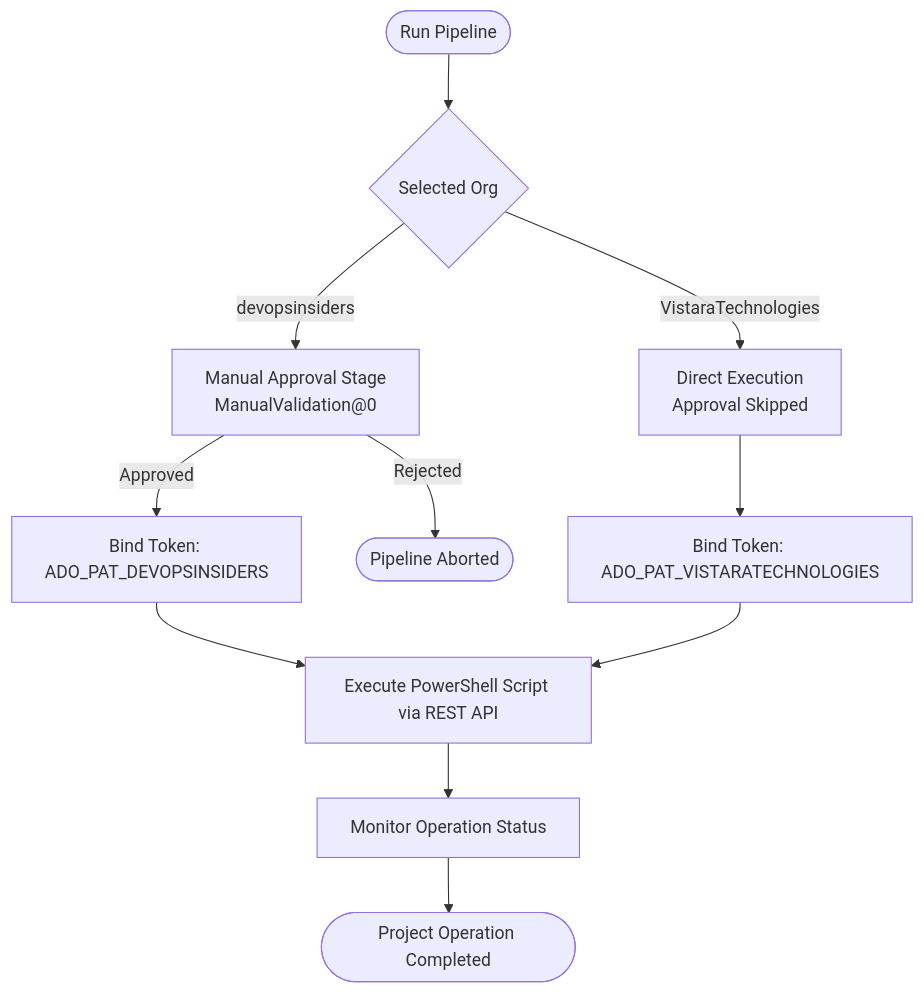
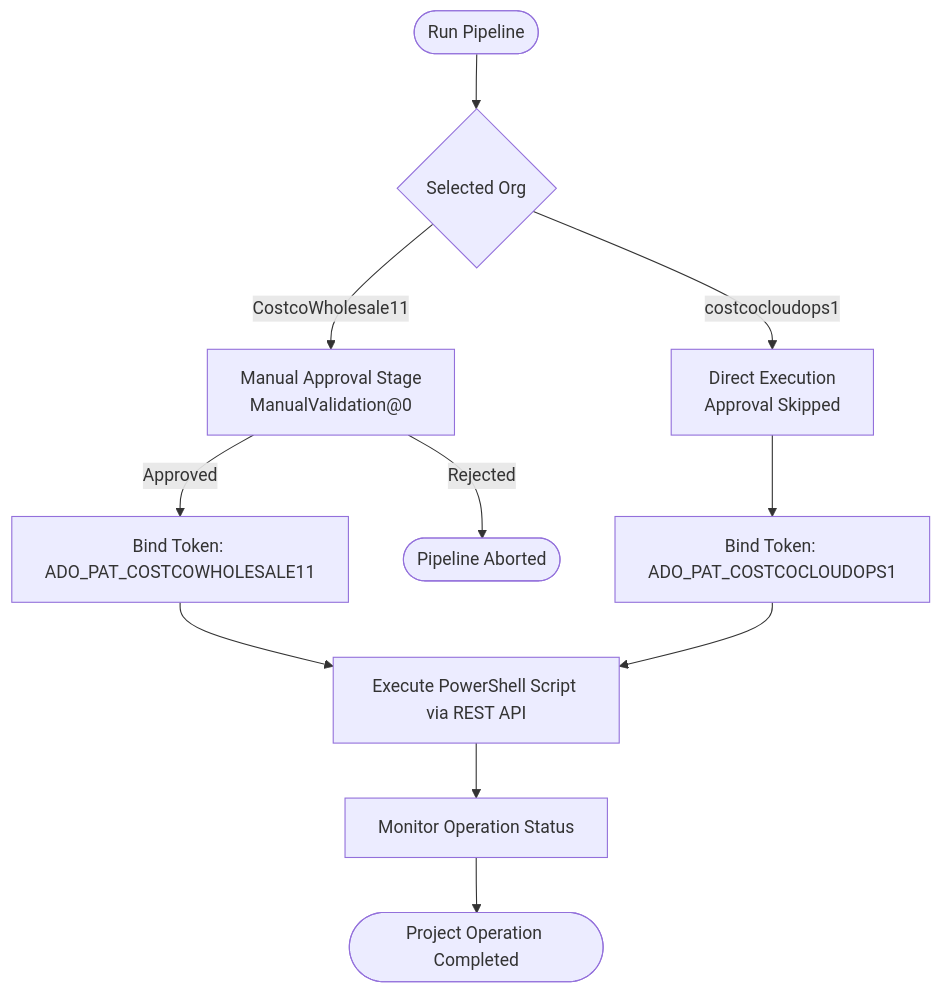
The diagram in README.md (bhakuaengineer-devopsinsiders/ado-project-automation), drawn with Mermaid before and after one commit. The commit also changed other lines of this file and 4 other files, not shown here.

Commit message:
chore: configure pipelines, approval stages and tokens for costcocloudops1 and CostcoWholesale11

````diff
--- a/README.md
+++ b/README.md
@@ -9,16 +9,16 @@
 ```mermaid
 flowchart TD
     Run([Run Pipeline]) --> SelectOrg{Selected Org}
 
-    SelectOrg -->|devopsinsiders| Approval[Manual Approval Stage\nManualValidation@0]
-    Approval -->|Approved| Token1[Bind Token: ADO_PAT_DEVOPSINSIDERS]
+    SelectOrg -->|CostcoWholesale11| Approval[Manual Approval Stage\nManualValidation@0]
+    Approval -->|Approved| Token1[Bind Token: ADO_PAT_COSTCOWHOLESALE11]
     Approval -->|Rejected| Abort([Pipeline Aborted])
 
-    SelectOrg -->|VistaraTechnologies| Direct[Direct Execution\nApproval Skipped]
-    Direct --> Token2[Bind Token: ADO_PAT_VISTARATECHNOLOGIES]
+    SelectOrg -->|costcocloudops1| Direct[Direct Execution\nApproval Skipped]
+    Direct --> Token2[Bind Token: ADO_PAT_COSTCOCLOUDOPS1]
 
     Token1 --> Exec[Execute PowerShell Script via REST API]
     Token2 --> Exec
     Exec --> Poll[Monitor Operation Status]
     Poll --> Complete([Project Operation Completed])
 ```
````
